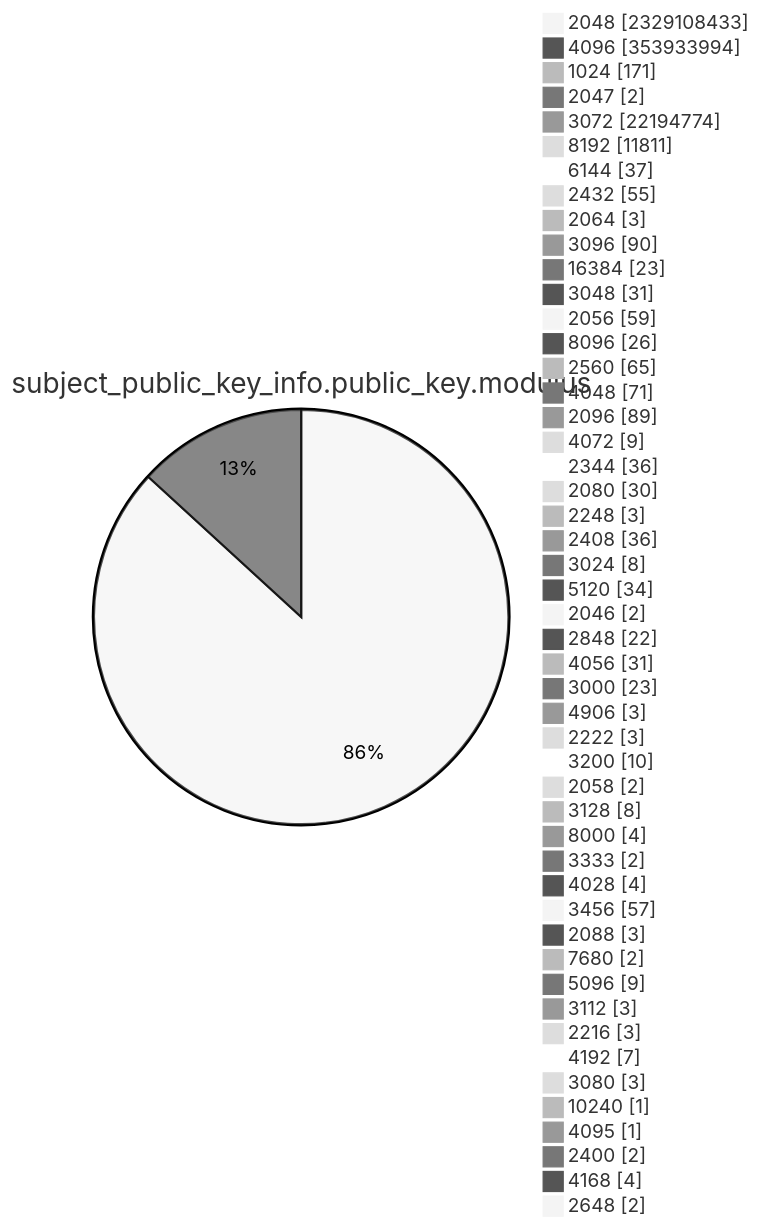
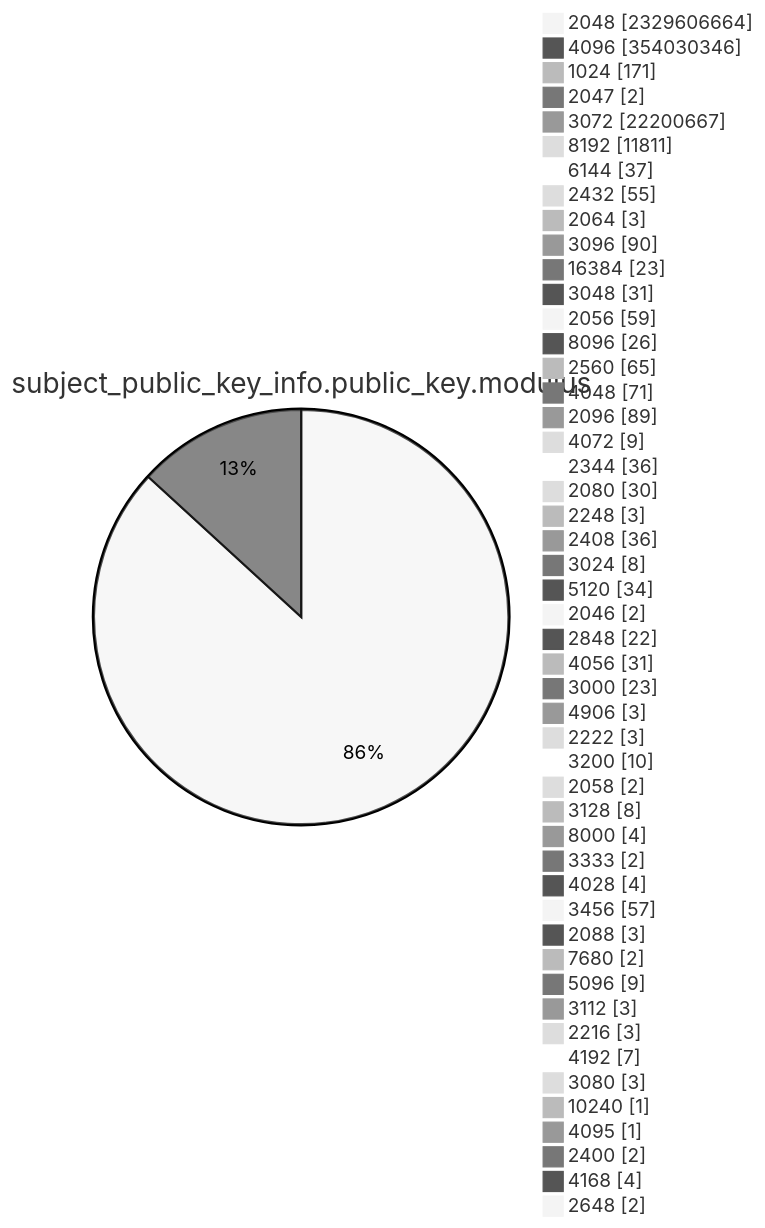
One commit to christiankrug/ctmonitor_visualization changed diagram 13 of 15 in TOTAL/README.md. Above: the diagram before and after it, drawn with Mermaid (neutral theme). The commit also changed other lines of this file, not shown here.

````diff
--- a/TOTAL/README.md
+++ b/TOTAL/README.md
@@ -4167,53 +4167,53 @@
 ```mermaid
 pie showData
 title subject_public_key_info.public_key.modulus
-"2048" :2329108433
-"4096" :353933994
+"2048" :2329606664
+"4096" :354030346
 "1024" :171
 "2047" :2
-"3072" :22194774
+"3072" :22200667
 "8192" :11811
 "6144" :37
 "2432" :55
 "2064" :3
 "3096" :90
 "16384" :23
 "3048" :31
 "2056" :59
 "8096" :26
 "2560" :65
 "4048" :71
 "2096" :89
 "4072" :9
 "2344" :36
 "2080" :30
 "2248" :3
 "2408" :36
 "3024" :8
 "5120" :34
 "2046" :2
 "2848" :22
 "4056" :31
 "3000" :23
 "4906" :3
 "2222" :3
 "3200" :10
 "2058" :2
 "3128" :8
 "8000" :4
 "3333" :2
 "4028" :4
 "3456" :57
 "2088" :3
 "7680" :2
 "5096" :9
 "3112" :3
 "2216" :3
 "4192" :7
 "3080" :3
 "10240" :1
 "4095" :1
 "2400" :2
 "4168" :4
 "2648" :2
 ```
````
